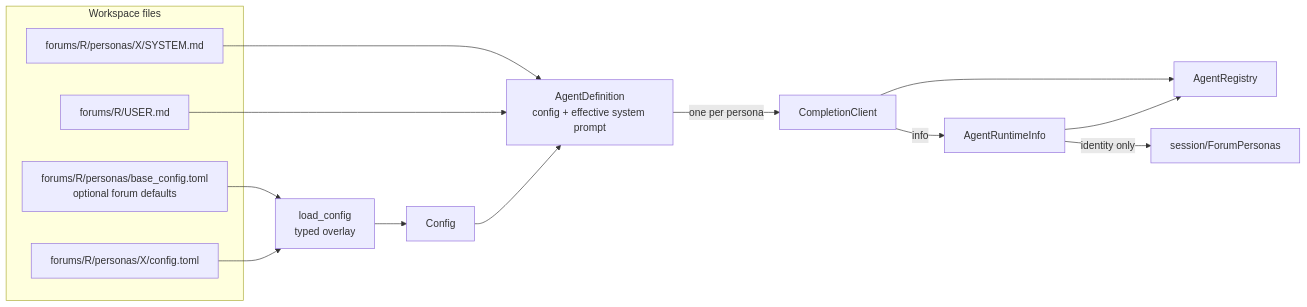
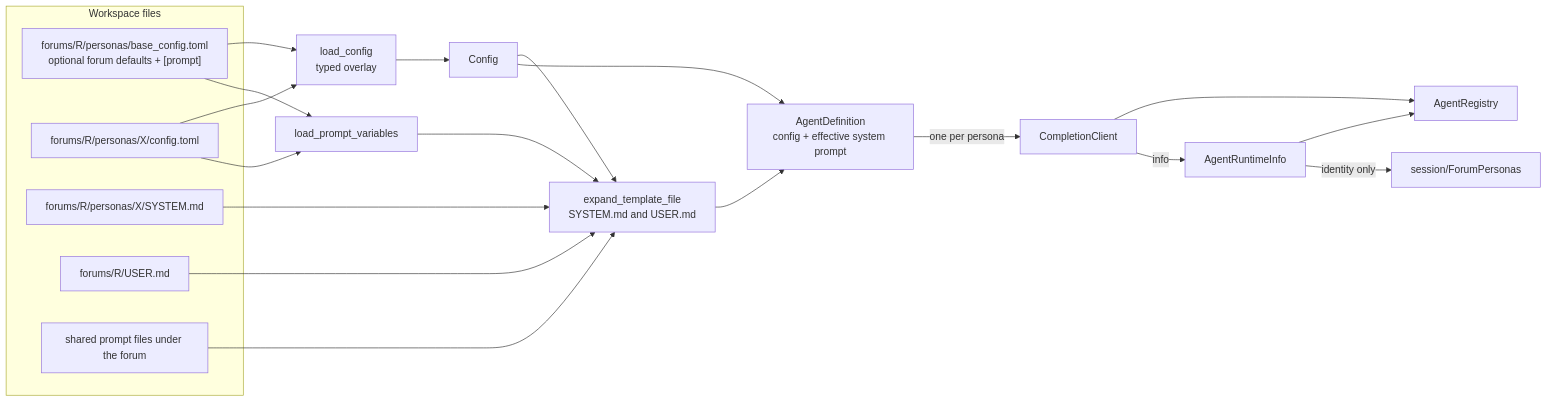
The first of 4 diagrams in src/agents/README.md (michaelpopov/cha), drawn with Mermaid before and after one commit. The commit also changed other lines of this file and 33 other files, not shown here.

````diff
--- a/src/agents/README.md
+++ b/src/agents/README.md
@@ -24,21 +24,28 @@
 ```mermaid
 flowchart LR
     subgraph disk["Workspace files"]
-        base["forums/R/personas/base_config.toml<br/>optional forum defaults"]
+        base["forums/R/personas/base_config.toml<br/>optional forum defaults + [prompt]"]
         cfg["forums/R/personas/X/config.toml"]
         sys["forums/R/personas/X/SYSTEM.md"]
         usr["forums/R/USER.md"]
+        shared["shared prompt files under the forum"]
     end
 
     base --> load["load_config<br/>typed overlay"]
     cfg --> load
     load --> conf["Config"]
-    sys --> def["AgentDefinition<br/>config + effective system prompt"]
-    usr --> def
+    base --> vars["load_prompt_variables"]
+    cfg --> vars
+    conf --> expand["expand_template_file<br/>SYSTEM.md and USER.md"]
+    vars --> expand
+    sys --> expand
+    usr --> expand
+    shared --> expand
+    expand --> def["AgentDefinition<br/>config + effective system prompt"]
     conf --> def
     def -->|"one per persona"| client["CompletionClient"]
     client --> registry["AgentRegistry"]
     client -->|"info"| runtime["AgentRuntimeInfo"]
     runtime --> registry
     runtime -->|"identity only"| personas["session/ForumPersonas"]
 ```
````
